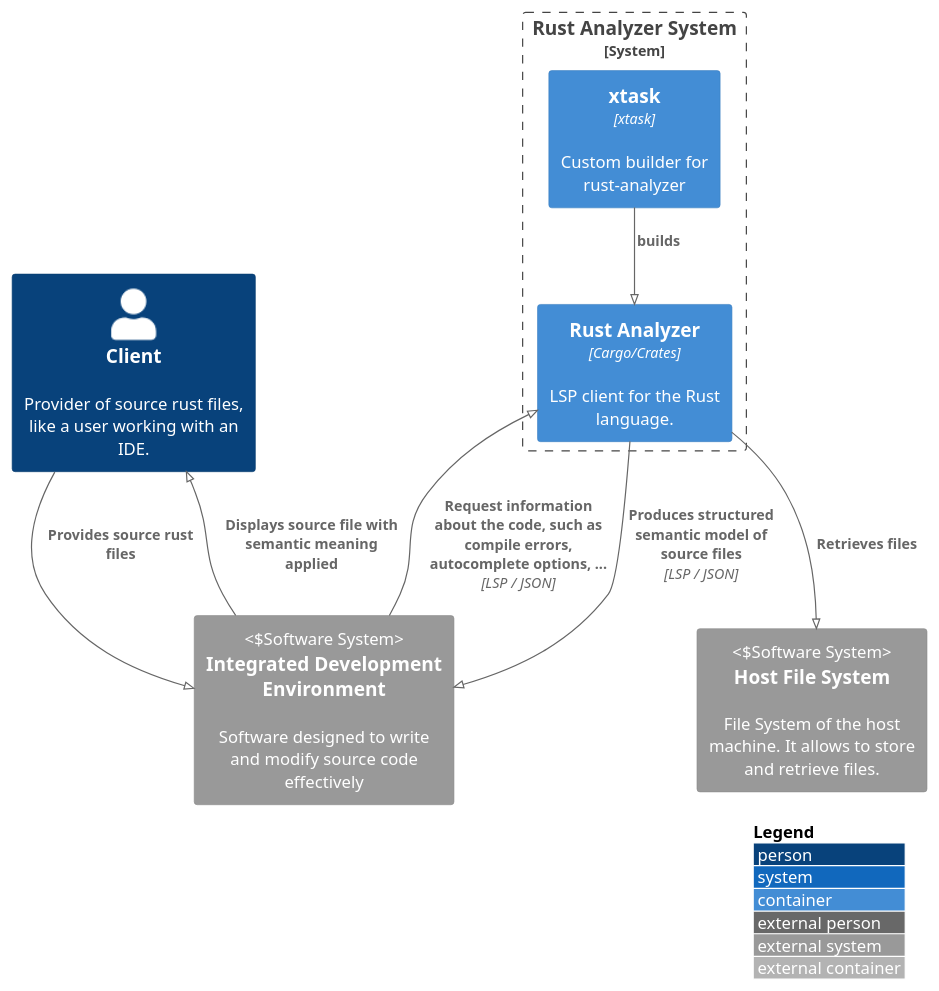
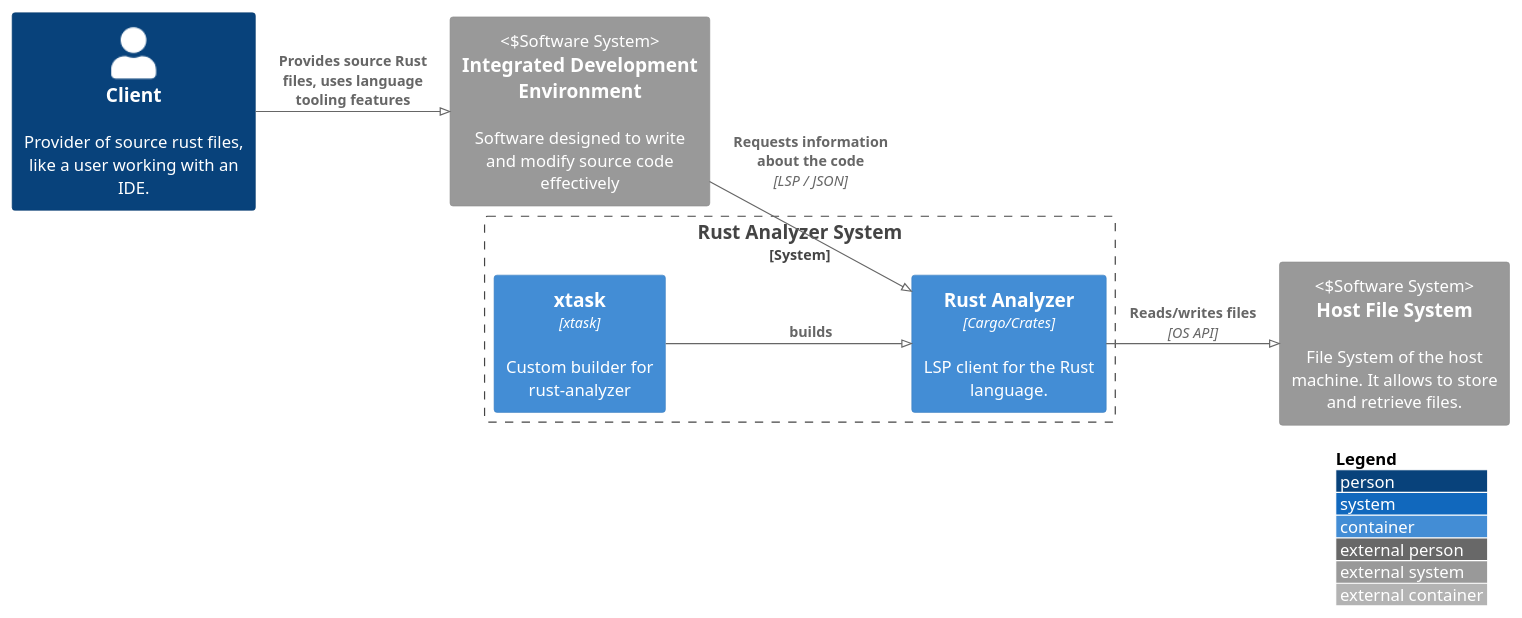
Before and after one commit to SDATeam10/Project: the diagram in src/diagrams/architecture/container.puml, drawn with PlantUML. The commit also changed 5 other files, not shown here.

```diff
--- a/src/diagrams/architecture/container.puml
+++ b/src/diagrams/architecture/container.puml
@@ -1,24 +1,22 @@
 @startuml
 !pragma layout smetana
 !include https://raw.githubusercontent.com/plantuml-stdlib/C4-PlantUML/master/C4_Container.puml
+left to right direction
 
 
 LAYOUT_WITH_LEGEND()
 
 Person(client, "Client", "Provider of source rust files, like a user working with an IDE.")
 System_Ext(ide_ext, "Integrated Development Environment", "Software designed to write and modify source code effectively", "Software System")
 System_Ext(file_system, "Host File System", "File System of the host machine. It allows to store and retrieve files.", "Software System")
 
 System_Boundary(sb, "Rust Analyzer System", "SoftwareSystem"){
     Container(rustanalyzer, "Rust Analyzer", "Cargo/Crates", "LSP client for the Rust language.")
     Container(xtask, "xtask", "xtask", "Custom builder for rust-analyzer")
 }
-
-Rel(client, ide_ext, "Provides source rust files")
-Rel(ide_ext, rustanalyzer, "Request information about the code, such as compile errors, autocomplete options, ...", "LSP / JSON")
-Rel(rustanalyzer, ide_ext, "Produces structured semantic model of source files", "LSP / JSON")
-Rel(ide_ext, client, "Displays source file with semantic meaning applied")
-Rel(rustanalyzer, file_system, "Retrieves files")
+Rel(client, ide_ext, "Provides source Rust files, uses language tooling features")
+Rel(ide_ext, rustanalyzer, "Requests information about the code", "LSP / JSON")
+Rel(rustanalyzer, file_system, "Reads/writes files", "OS API")
 Rel(xtask, rustanalyzer, "builds")
 
 @enduml
```
